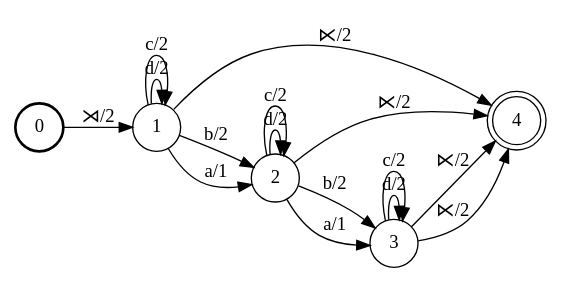
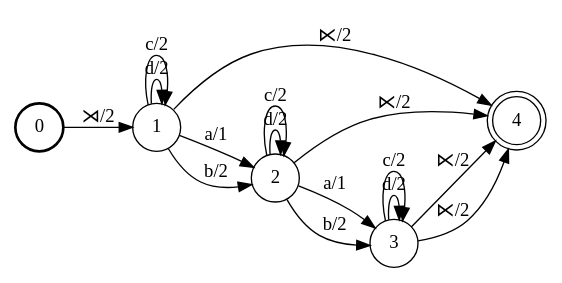
Before and after one commit to colincwilson/wynini: the diagram in demo/T_weight.dot, drawn with Graphviz. The commit also changed other lines of this file and 7 other files, not shown here.

```diff
--- a/demo/T_weight.dot
+++ b/demo/T_weight.dot
@@ -1,28 +1,28 @@
 digraph FST {
 rankdir = LR;
 size = "8.5,11";
 center = 1;
 orientation = Portrait;
 ranksep = "0.4";
 nodesep = "0.25";
 0 [label = "0", shape = circle, style = bold, fontsize = 14]
 	0 -> 1 [label = "⋊/2", fontsize = 14];
 1 [label = "1", shape = circle, style = solid, fontsize = 14]
 	1 -> 4 [label = "⋉/2", fontsize = 14];
 	1 -> 1 [label = "d/2", fontsize = 14];
 	1 -> 1 [label = "c/2", fontsize = 14];
+	1 -> 2 [label = "a/1", fontsize = 14];
 	1 -> 2 [label = "b/2", fontsize = 14];
-	1 -> 2 [label = "a/1", fontsize = 14];
 2 [label = "2", shape = circle, style = solid, fontsize = 14]
 	2 -> 2 [label = "d/2", fontsize = 14];
 	2 -> 2 [label = "c/2", fontsize = 14];
 	2 -> 4 [label = "⋉/2", fontsize = 14];
+	2 -> 3 [label = "a/1", fontsize = 14];
 	2 -> 3 [label = "b/2", fontsize = 14];
-	2 -> 3 [label = "a/1", fontsize = 14];
 3 [label = "3", shape = circle, style = solid, fontsize = 14]
 	3 -> 3 [label = "d/2", fontsize = 14];
 	3 -> 3 [label = "c/2", fontsize = 14];
 	3 -> 4 [label = "⋉/2", fontsize = 14];
 	3 -> 4 [label = "⋉/2", fontsize = 14];
 4 [label = "4", shape = doublecircle, style = solid, fontsize = 14]
 }
```
